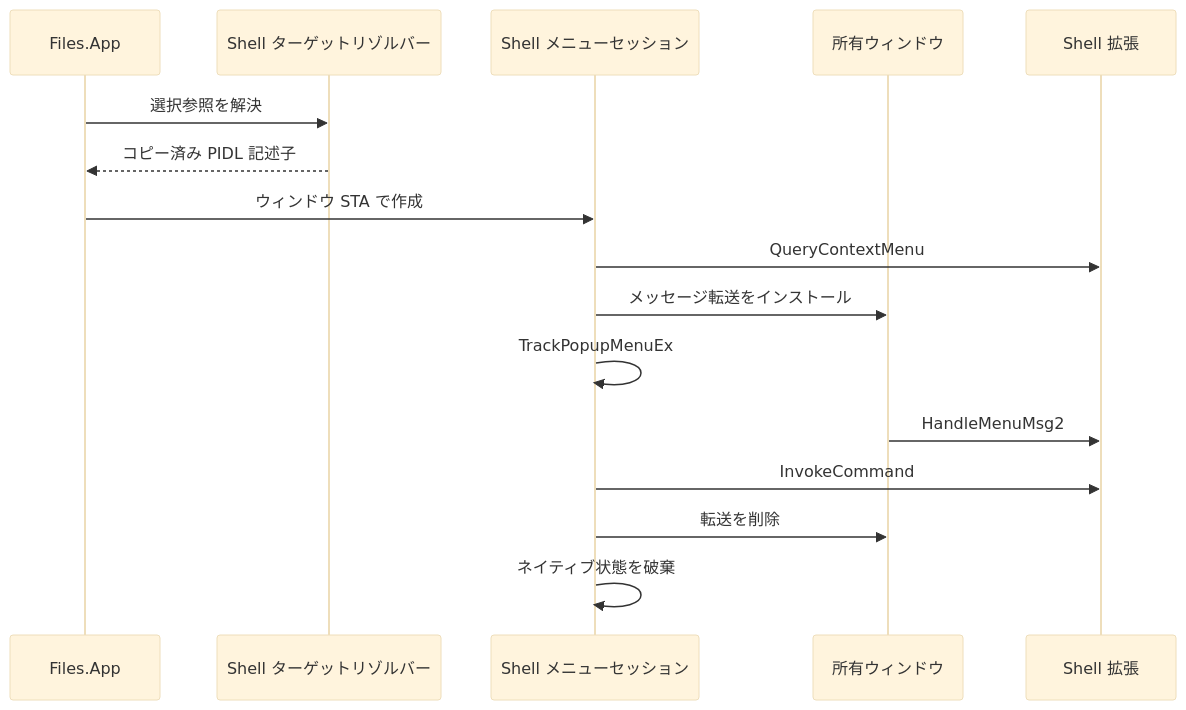
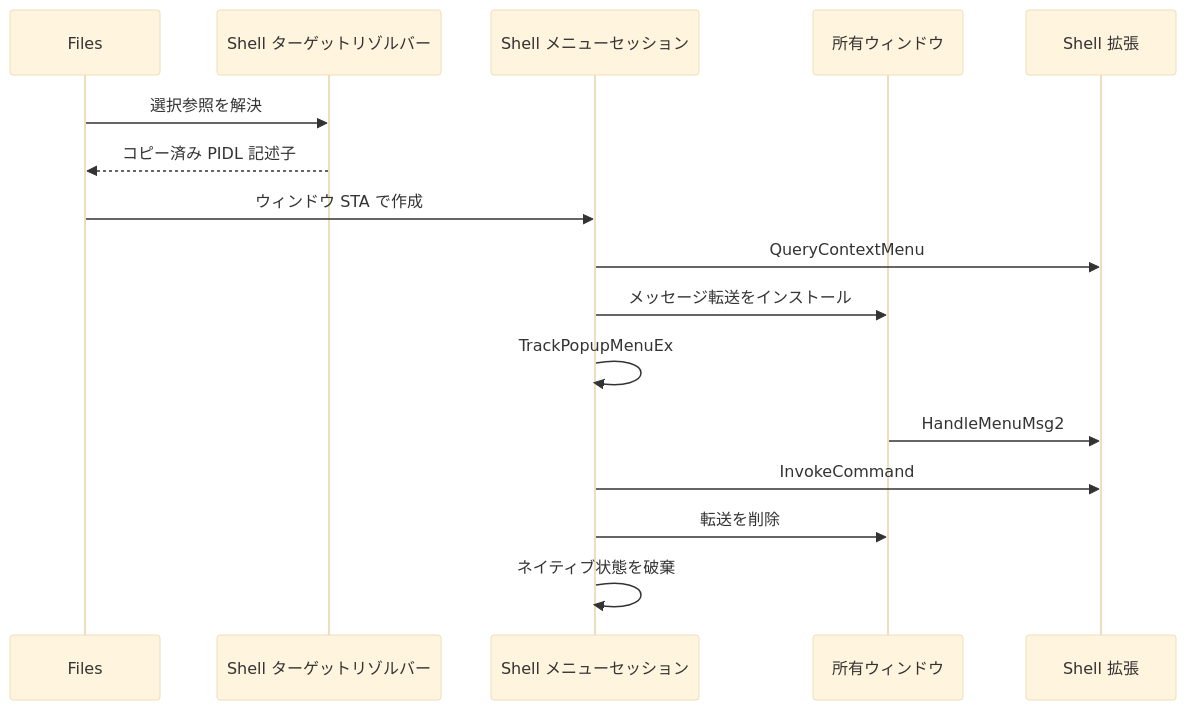
One commit to 0x5bfa/Files changed the fourth of 5 diagrams in docs/architecture/platform-interactions.md. Above: the diagram before and after it, drawn with Mermaid (base theme). The commit also changed other lines of this file and 21 other files, not shown here.

````diff
--- a/docs/architecture/platform-interactions.md
+++ b/docs/architecture/platform-interactions.md
@@ -356,19 +356,19 @@
 ```mermaid
 sequenceDiagram
-    participant App as Files.App
+    participant App as Files
     participant Resolver as Shell ターゲットリゾルバー
     participant Menu as Shell メニューセッション
     participant Window as 所有ウィンドウ
     participant Extension as Shell 拡張
 
     App->>Resolver: 選択参照を解決
     Resolver-->>App: コピー済み PIDL 記述子
     App->>Menu: ウィンドウ STA で作成
     Menu->>Extension: QueryContextMenu
     Menu->>Window: メッセージ転送をインストール
     Menu->>Menu: TrackPopupMenuEx
     Window->>Extension: HandleMenuMsg2
     Menu->>Extension: InvokeCommand
     Menu->>Window: 転送を削除
     Menu->>Menu: ネイティブ状態を破棄
 ```
````
